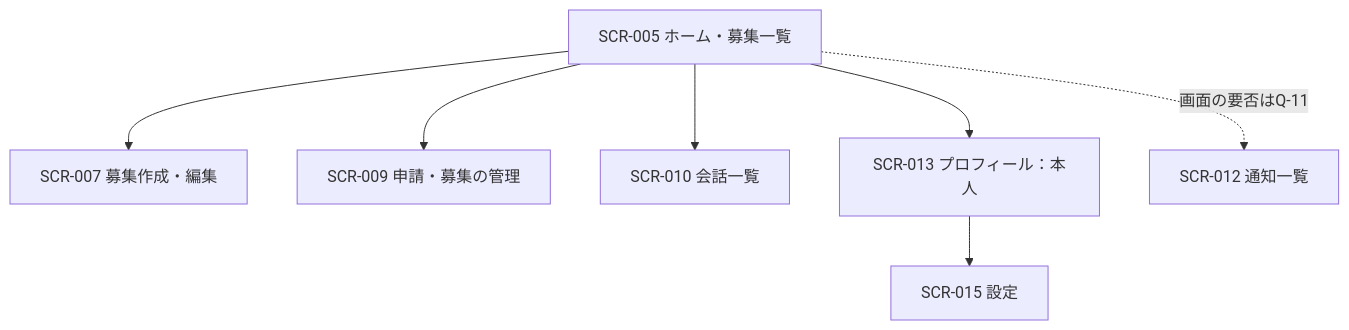
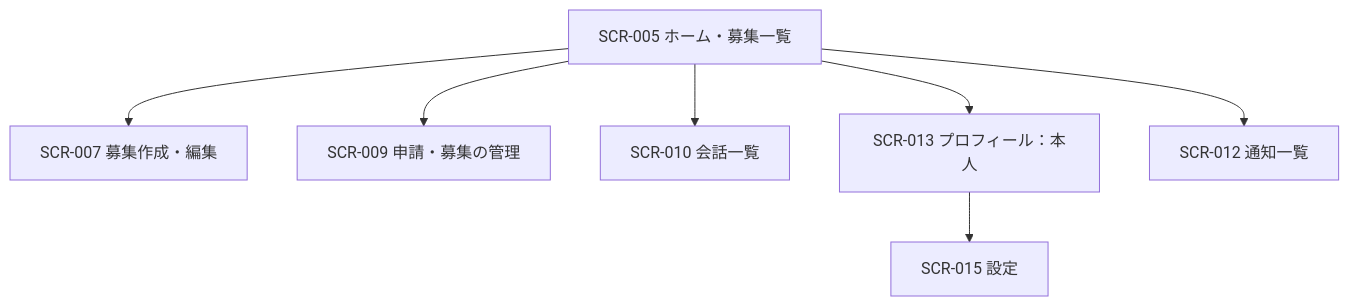
One commit to sysnovastudio-byte/nagoya-volleyball-matching changed the eighth of 8 diagrams in docs/10_画面一覧.md. Above: the diagram before and after it, drawn with Mermaid. The commit also changed other lines of this file and 10 other files, not shown here.

````diff
--- a/docs/10_画面一覧.md
+++ b/docs/10_画面一覧.md
@@ -394,9 +395,9 @@
 ```mermaid
 flowchart TD
     H1["SCR-005 ホーム・募集一覧"] --> H2["SCR-007 募集作成・編集"]
     H1 --> H3["SCR-009 申請・募集の管理"]
     H1 --> H4["SCR-010 会話一覧"]
     H1 --> H5["SCR-013 プロフィール：本人"]
-    H1 -.->|"画面の要否はQ-11"| H6["SCR-012 通知一覧"]
+    H1 --> H6["SCR-012 通知一覧"]
     H5 --> H7["SCR-015 設定"]
 ```
````
